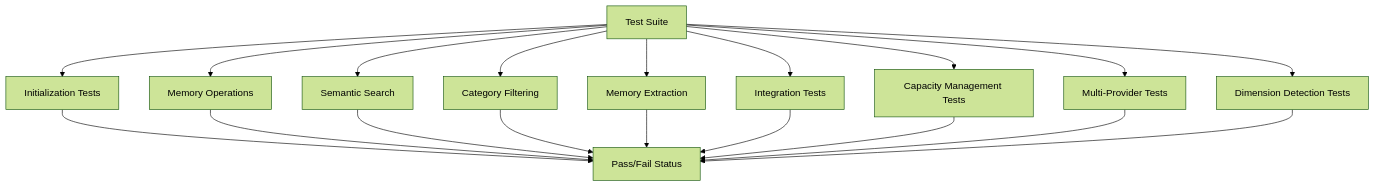
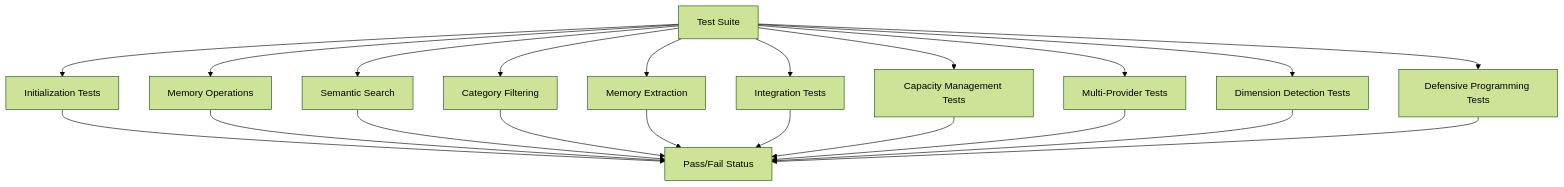
Before and after one commit to liwonder/NARRITIVE_OS: diagram 12 of 12 in .qoder/repowiki/en/content/Memory Management System/Vector Memory System.md, drawn with Mermaid (forest theme). The commit also changed other lines of this file and 17 other files, not shown here.

````diff
--- a/.qoder/repowiki/en/content/Memory Management System/Vector Memory System.md
+++ b/.qoder/repowiki/en/content/Memory Management System/Vector Memory System.md
@@ -549,21 +635,23 @@
 ```mermaid
 flowchart TD
 TestSuite[Test Suite] --> InitTest[Initialization Tests]
 TestSuite --> MemoryTest[Memory Operations]
 TestSuite --> SearchTest[Semantic Search]
 TestSuite --> CategoryTest[Category Filtering]
 TestSuite --> ExtractionTest[Memory Extraction]
 TestSuite --> IntegrationTest[Integration Tests]
 TestSuite --> CapacityTest[Capacity Management Tests]
 TestSuite --> ProviderTest[Multi-Provider Tests]
 TestSuite --> DimensionTest[Dimension Detection Tests]
+TestSuite --> DefensiveTest[Defensive Programming Tests]
 InitTest --> Pass[Pass/Fail Status]
 MemoryTest --> Pass
 SearchTest --> Pass
 CategoryTest --> Pass
 ExtractionTest --> Pass
 IntegrationTest --> Pass
 CapacityTest --> Pass
 ProviderTest --> Pass
 DimensionTest --> Pass
+DefensiveTest --> Pass
 ```
````
